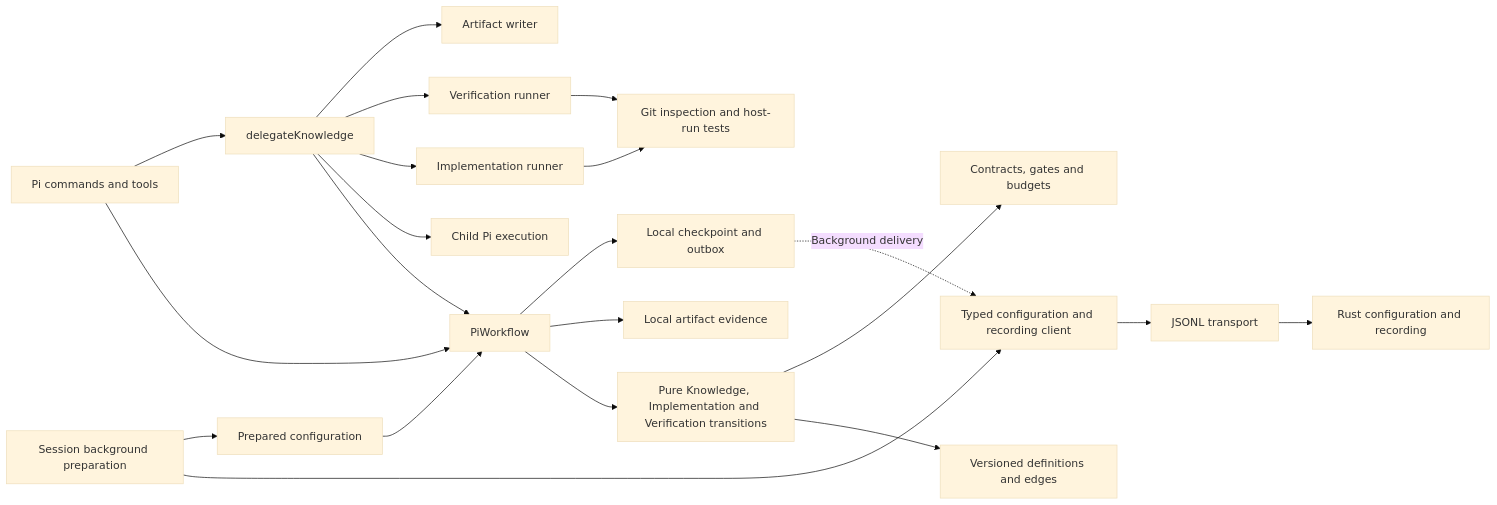
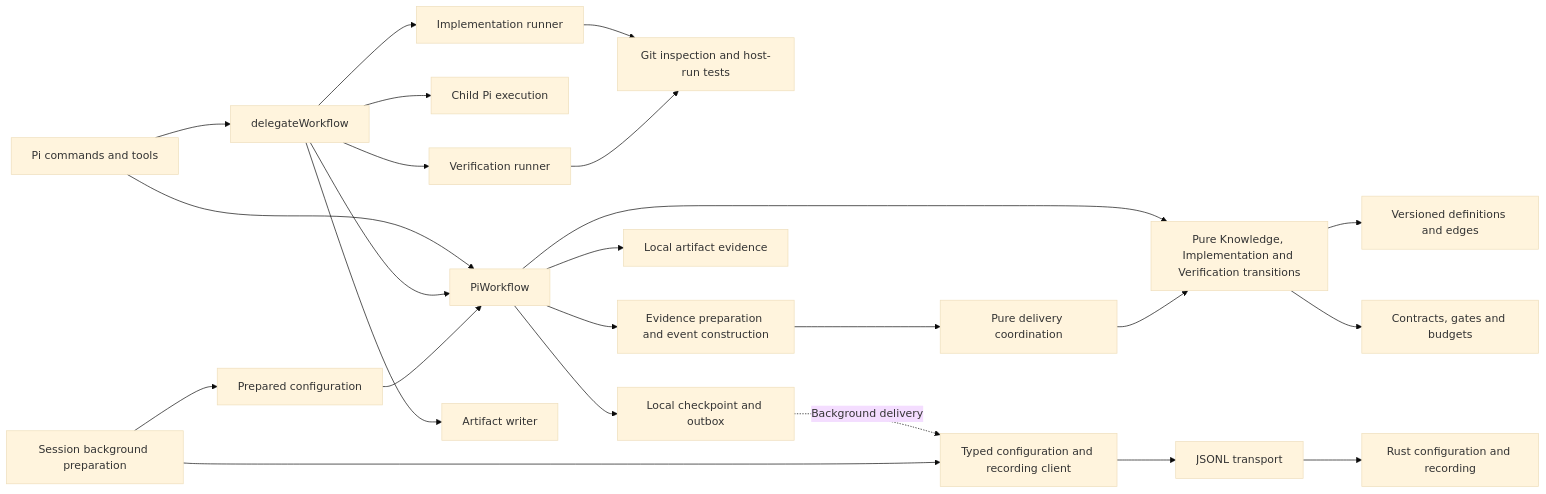
One commit to xpersh/xper changed the diagram in adapters/pi/docs/architecture.md. Above: the diagram before and after it, drawn with Mermaid (base theme). The commit also changed other lines of this file and 136 other files, not shown here.

````diff
--- a/adapters/pi/docs/architecture.md
+++ b/adapters/pi/docs/architecture.md
@@ -16,23 +16,26 @@
 ```mermaid
 flowchart LR
     Commands[Pi commands and tools] --> Workflow[PiWorkflow]
-    Commands --> Action[delegateKnowledge]
+    Commands --> Action[delegateWorkflow]
     Action --> Workflow
     Action --> Executor[Child Pi execution]
     Action --> Implementation[Implementation runner]
     Implementation --> Git[Git inspection and host-run tests]
     Action --> Verification[Verification runner]
     Verification --> Git
     Action --> Writer[Artifact writer]
     Workflow --> Machines[Pure Knowledge, Implementation and Verification transitions]
+    Workflow --> Runtime[Evidence preparation and event construction]
+    Runtime --> Delivery[Pure delivery coordination]
+    Delivery --> Machines
     Machines --> Definition[Versioned definitions and edges]
     Machines --> Policy[Contracts, gates and budgets]
     Workflow --> Evidence[Local artifact evidence]
     Workflow --> Journal[Local checkpoint and outbox]
     Journal -. Background delivery .-> Client[Typed configuration and recording client]
     Session[Session background preparation] --> Client
     Session --> Prepared[Prepared configuration]
     Prepared --> Workflow
     Client --> Bridge[JSONL transport]
     Bridge --> Core[Rust configuration and recording]
 ```
````
